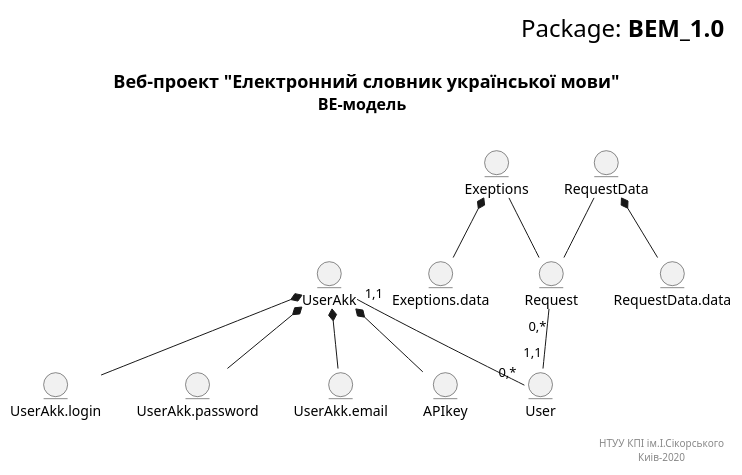
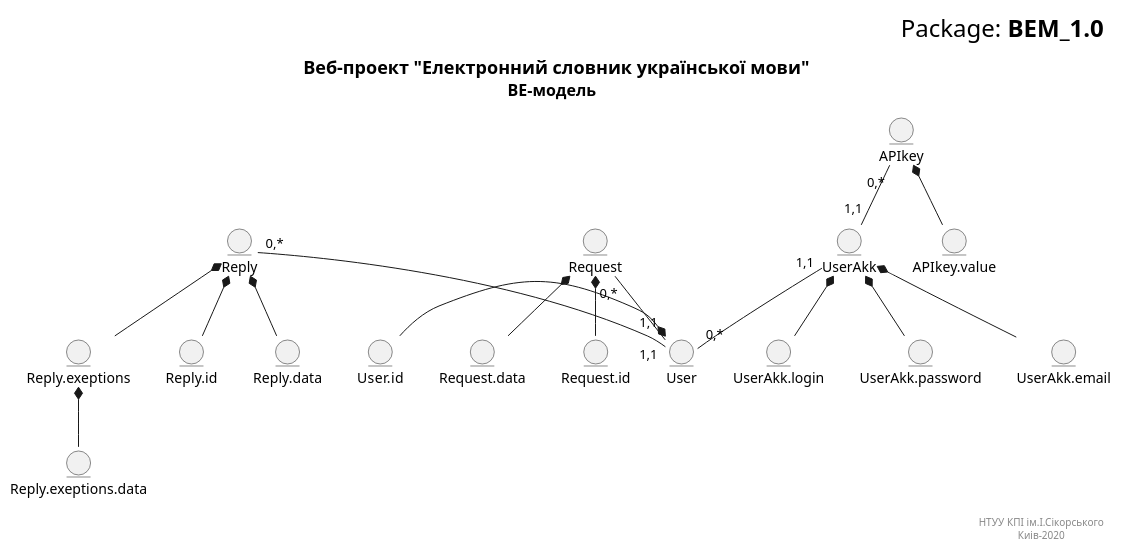
The diagram in Diagrams/BEM_1_0.puml (stormtrooper01/Databases), drawn with PlantUML before and after one commit. The commit also changed 1 other file, not shown here.

```diff
--- a/Diagrams/BEM_1_0.puml
+++ b/Diagrams/BEM_1_0.puml
@@ -1,56 +1,65 @@
 @startuml
 right header
 	<font size=24 color=black>Package: <b>BEM_1.0
-	
-	end header
-	
-	title
+end header
+ 
+title
 	<font size=18 color=black> Веб-проект "Електронний словник української мови"
 	<font size=16 color=black>BE-модель 
-	
-	end title
-	
-	entity UserAkk
-	entity UserAkk.login
-	entity UserAkk.password
-	entity UserAkk.email
-	
-	entity User
+end title
+ 
+ entity User
+ 
+ entity User.id
+   
+ entity UserAkk
+ 
+ entity UserAkk.login
+ entity UserAkk.password
+ entity UserAkk.email
+ 
+ entity APIkey
+ entity APIkey.value
 
-	
-	entity Request
+ entity Request
 
-	
-	entity RequestData
-	entity RequestData.data
-	
-	entity Exeptions
-	entity Exeptions.data
+ entity Request.id
+ entity Request.data
+ 
+ entity Reply
 
-	
-	
-	RequestData.data -u-* RequestData
-	
-	Exeptions.data -u-* Exeptions
-	
-	
-	UserAkk.login -u-* UserAkk
-	UserAkk.password -u-* UserAkk
-	UserAkk.email -u-* UserAkk
-        
-        entity APIkey
-	
-	APIkey -u-* UserAkk
-	
-	User "0,*"-u- "1,1" UserAkk
-	Request "0,*"-- "1,1" User
-	
-	RequestData -- Request
-	Exeptions -- Request
-		
-	right footer
-	
-	НТУУ КПІ ім.І.Сікорського
-	Киів-2020 
-	end footer
+ entity Reply.id
+ entity Reply.data
+ entity Reply.exeptions
+ entity Reply.exeptions.data
+
+ 
+ Request.id -u-* Request
+ Request.data -u-* Request
+ 
+ Reply.id -u-* Reply
+ Reply.data -u-* Reply
+ Reply.exeptions -u-* Reply
+ Reply.exeptions.data -u-* Reply.exeptions
+ 
+ User.id -* User
+ 
+ UserAkk.login -u-* UserAkk
+ UserAkk.password -u-* UserAkk
+ UserAkk.email -u-* UserAkk
+ 
+   
+ APIkey.value -u-* APIkey
+   
+ APIkey "0,*" -- "1,1" UserAkk
+ 
+ User "0,*"-u- "1,1" UserAkk
+ Request "0,*"-- "1,1" User
+ Reply "0,*" -- "1,1" User
+ 
+right footer
+ 
+ НТУУ КПІ ім.І.Сікорського
+ Киів-2020 
+ end footer
 @enduml
```
